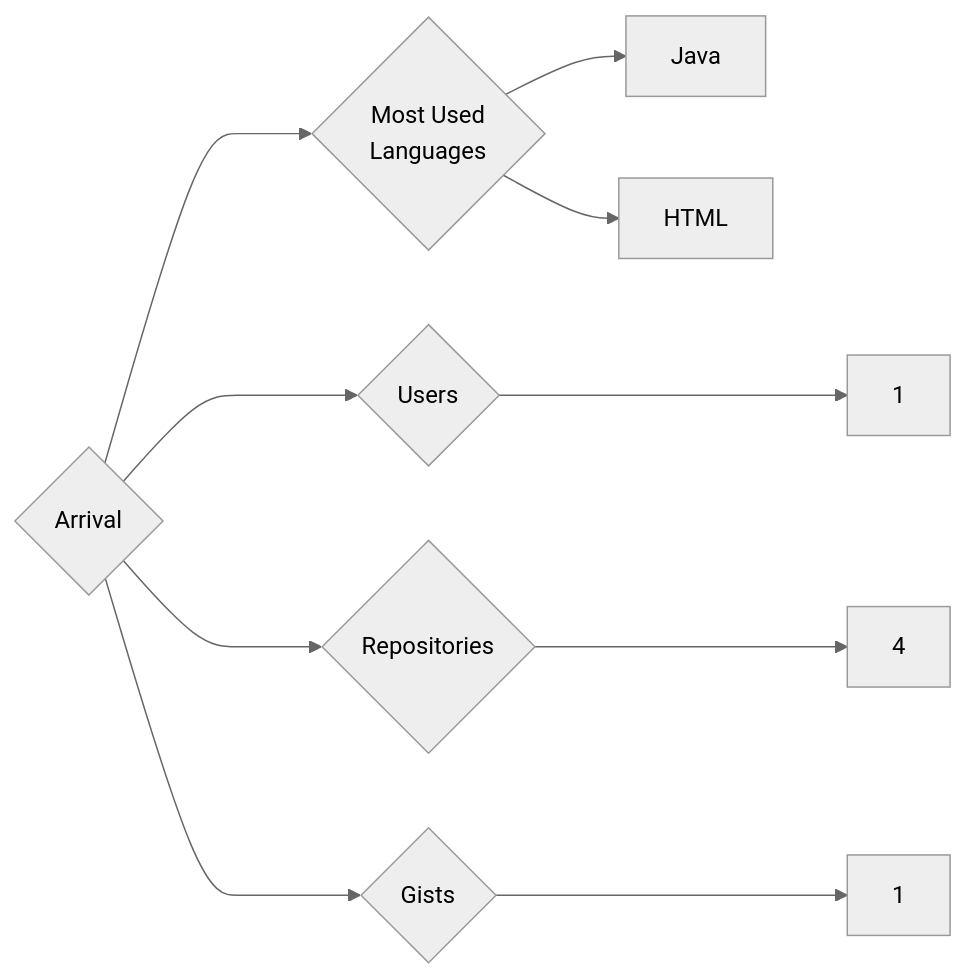
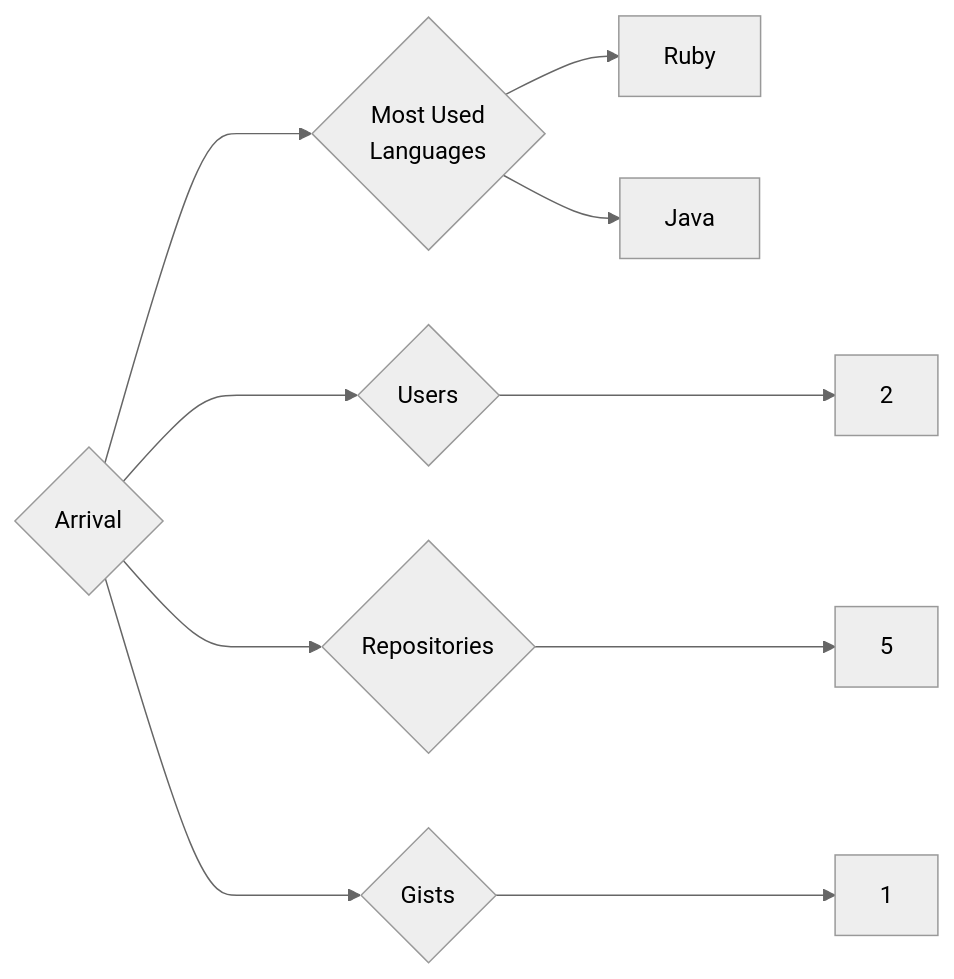
One commit to trickest/insiders changed the diagram in targets/Arrival/README.md. Above: the diagram before and after it, drawn with Mermaid (neutral theme). The commit also changed 728 other files, not shown here.

````diff
--- a/targets/Arrival/README.md
+++ b/targets/Arrival/README.md
@@ -3,10 +3,10 @@
 ```mermaid
 graph LR
 COMPANY_NAME{Arrival}
-COMPANY_NAME ---> U{Users} ---> UN[1]
-COMPANY_NAME ---> R{Repositories} ---> RN[4]
+COMPANY_NAME ---> U{Users} ---> UN[2]
+COMPANY_NAME ---> R{Repositories} ---> RN[5]
 COMPANY_NAME ---> G{Gists} ---> GN[1]
 COMPANY_NAME ---> ML{Most Used<br>Languages}
+ML --> Ruby[Ruby]
 ML --> Java[Java]
-ML --> HTML[HTML]
 ```
````
